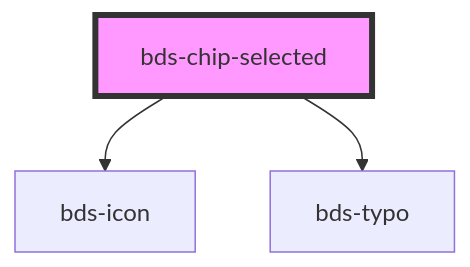
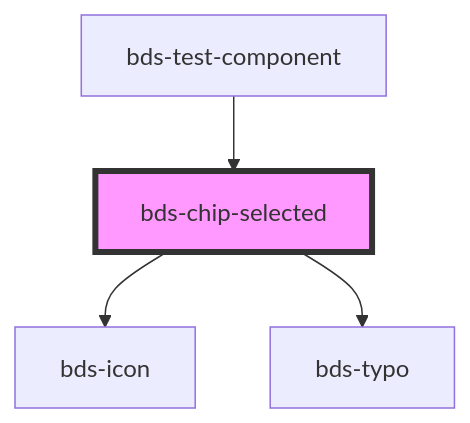
The diagram in src/components/chip-selected/readme.md (takenet/blip-ds), drawn with Mermaid before and after one commit. The commit also changed other lines of this file and 73 other files, not shown here.

````diff
--- a/src/components/chip-selected/readme.md
+++ b/src/components/chip-selected/readme.md
@@ -35,6 +39,7 @@
 ```mermaid
 graph TD;
   bds-chip-selected --> bds-icon
   bds-chip-selected --> bds-typo
+  bds-test-component --> bds-chip-selected
   style bds-chip-selected fill:#f9f,stroke:#333,stroke-width:4px
 ```
````
